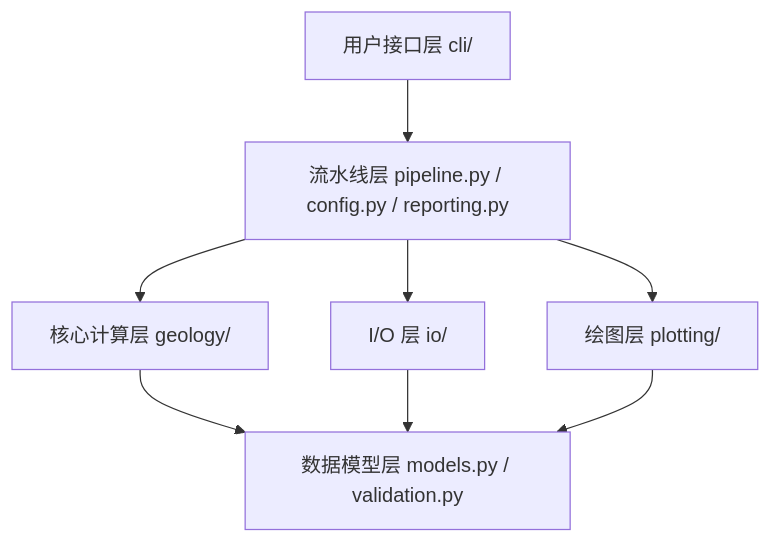
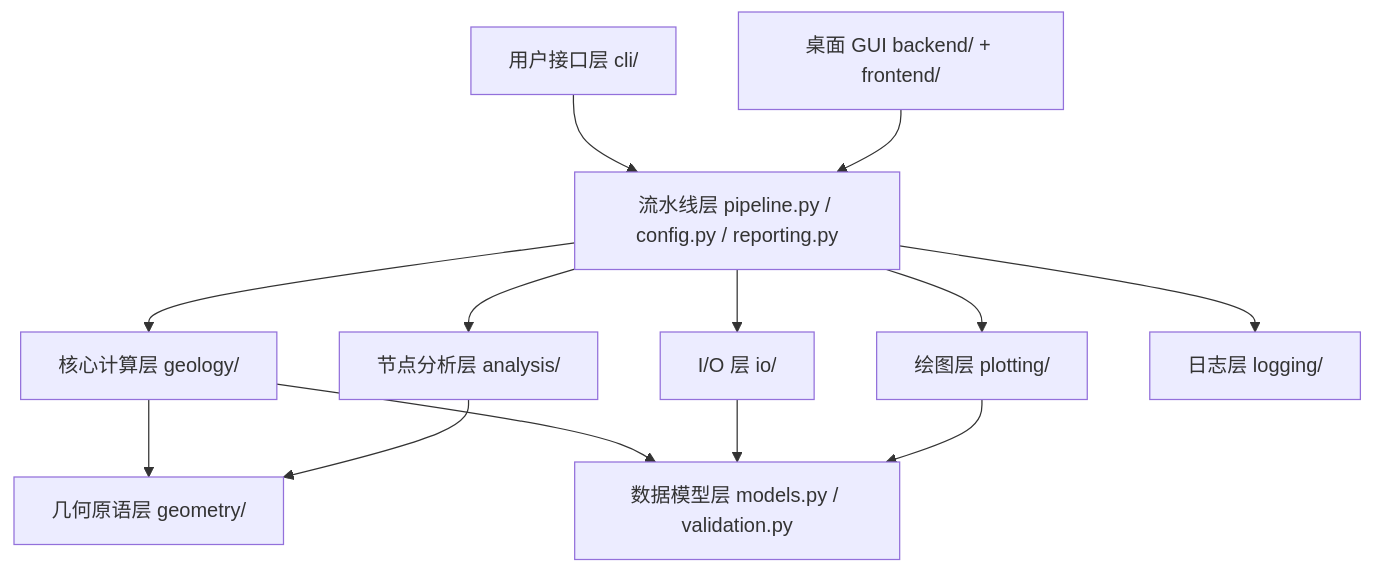
The diagram in README.md (zylyes/TracePipeline), drawn with Mermaid before and after one commit. The commit also changed other lines of this file and 13 other files, not shown here.

````diff
--- a/README.md
+++ b/README.md
@@ -95,10 +167,15 @@
 ```mermaid
 graph TD
     CLI[用户接口层 cli/] --> PIPE[流水线层 pipeline.py / config.py / reporting.py]
+    GUI[桌面 GUI backend/ + frontend/] --> PIPE
     PIPE --> GEOL[核心计算层 geology/]
+    PIPE --> ANALYSIS[节点分析层 analysis/]
     PIPE --> IO[I/O 层 io/]
     PIPE --> PLOT[绘图层 plotting/]
+    PIPE --> LOG[日志层 logging/]
+    GEOL --> GEOM[几何原语层 geometry/]
+    ANALYSIS --> GEOM
     GEOL --> MODEL[数据模型层 models.py / validation.py]
     IO --> MODEL
     PLOT --> MODEL
 ```
````
